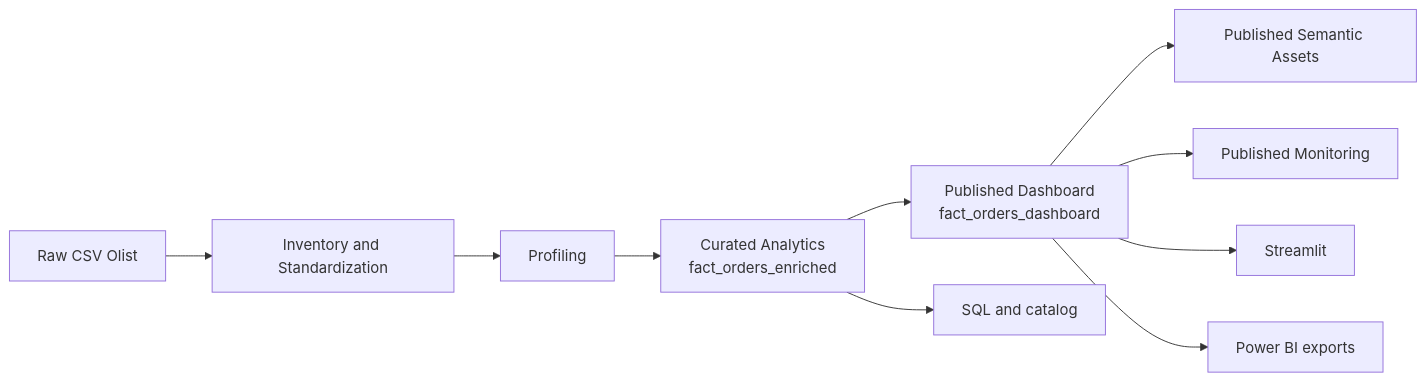
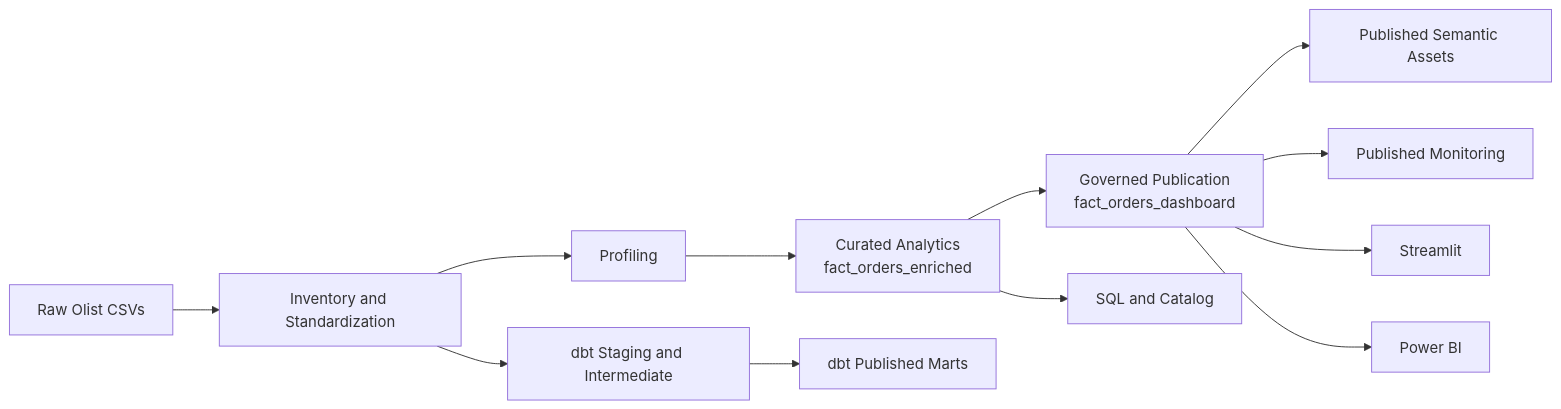
One commit to samuelmaia-analytics/Governed-Analytics-Platform changed the diagram in README.md. Above: the diagram before and after it, drawn with Mermaid. The commit also changed other lines of this file and 48 other files, not shown here.

````diff
--- a/README.md
+++ b/README.md
@@ -29,12 +38,14 @@
 ```mermaid
 flowchart LR
-    A[Raw CSV Olist] --> B[Inventory and Standardization]
+    A[Raw Olist CSVs] --> B[Inventory and Standardization]
     B --> C[Profiling]
     C --> D[Curated Analytics<br/>fact_orders_enriched]
-    D --> E[Published Dashboard<br/>fact_orders_dashboard]
+    D --> E[Governed Publication<br/>fact_orders_dashboard]
     E --> F[Published Semantic Assets]
     E --> G[Published Monitoring]
     E --> H[Streamlit]
-    E --> I[Power BI exports]
-    D --> J[SQL and catalog]
+    E --> I[Power BI]
+    B --> J[dbt Staging and Intermediate]
+    J --> K[dbt Published Marts]
+    D --> L[SQL and Catalog]
 ```
````
